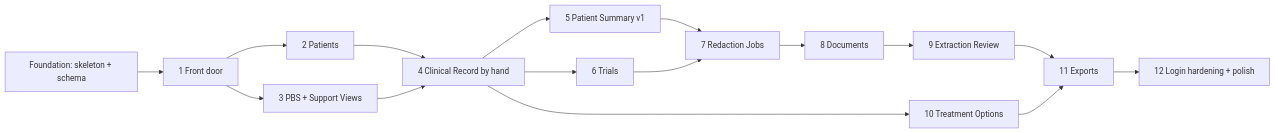
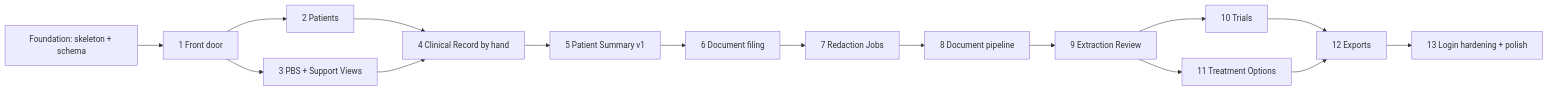
One commit to kl-a/vigil_care changed the fifth of 5 diagrams in docs/Vigil_Design_Document.md. Above: the diagram before and after it, drawn with Mermaid. The commit also changed other lines of this file and 8 other files, not shown here.

````diff
--- a/docs/Vigil_Design_Document.md
+++ b/docs/Vigil_Design_Document.md
@@ -1410,18 +1411,18 @@
 ```mermaid
 flowchart LR
     F[Foundation: skeleton + schema] --> S1[1 Front door]
     S1 --> S2[2 Patients]
     S1 --> S3[3 PBS + Support Views]
     S2 --> S4[4 Clinical Record by hand]
     S3 --> S4
     S4 --> S5[5 Patient Summary v1]
-    S4 --> S6[6 Trials]
-    S5 --> S7[7 Redaction Jobs]
-    S6 --> S7
-    S7 --> S8[8 Documents]
+    S5 --> S6[6 Document filing]
+    S6 --> S7[7 Redaction Jobs]
+    S7 --> S8[8 Document pipeline]
     S8 --> S9[9 Extraction Review]
-    S4 --> S10[10 Treatment Options]
-    S9 --> S11[11 Exports]
-    S10 --> S11
-    S11 --> S12[12 Login hardening + polish]
+    S9 --> S10[10 Trials]
+    S9 --> S11[11 Treatment Options]
+    S10 --> S12[12 Exports]
+    S11 --> S12
+    S12 --> S13[13 Login hardening + polish]
 ```
````
